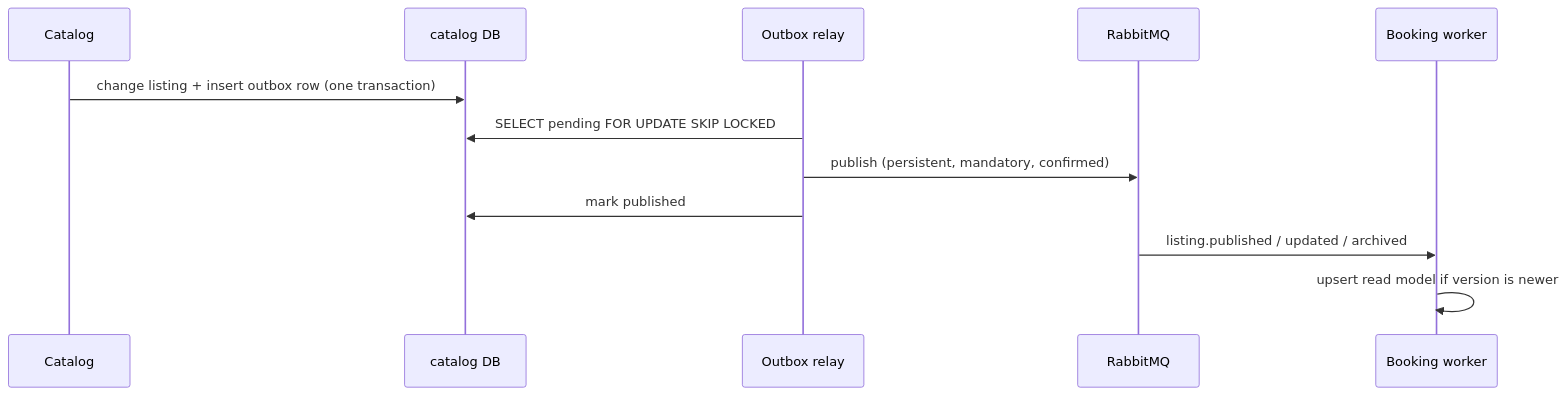
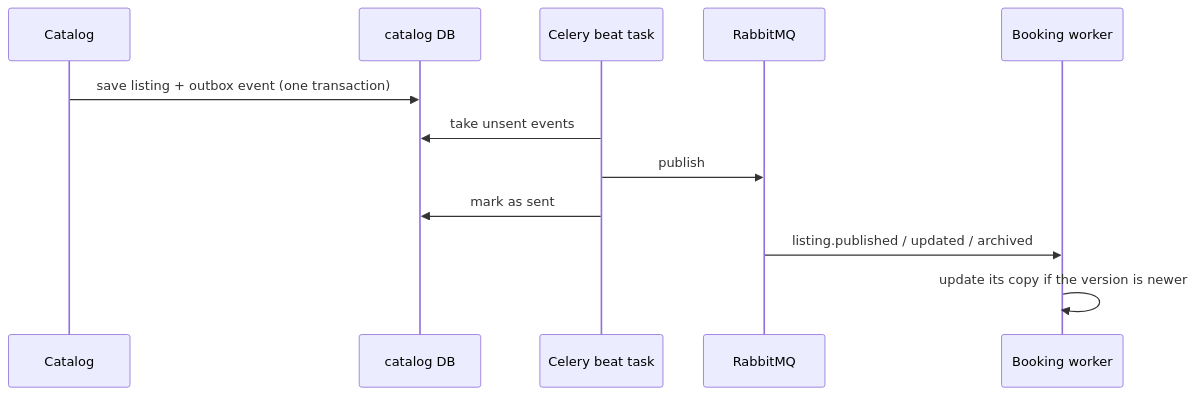
One commit to Nersaa/booking-platform changed the second of 4 diagrams in README.md. Above: the diagram before and after it, drawn with Mermaid. The commit also changed other lines of this file and 313 other files, not shown here.

````diff
--- a/README.md
+++ b/README.md
@@ -46,14 +78,14 @@
 ```mermaid
 sequenceDiagram
     participant C as Catalog
     participant DB as catalog DB
-    participant R as Outbox relay
+    participant R as Celery beat task
     participant MQ as RabbitMQ
     participant B as Booking worker
-    C->>DB: change listing + insert outbox row (one transaction)
-    R->>DB: SELECT pending FOR UPDATE SKIP LOCKED
-    R->>MQ: publish (persistent, mandatory, confirmed)
-    R->>DB: mark published
+    C->>DB: save listing + outbox event (one transaction)
+    R->>DB: take unsent events
+    R->>MQ: publish
+    R->>DB: mark as sent
     MQ->>B: listing.published / updated / archived
-    B->>B: upsert read model if version is newer
+    B->>B: update its copy if the version is newer
 ```
````
